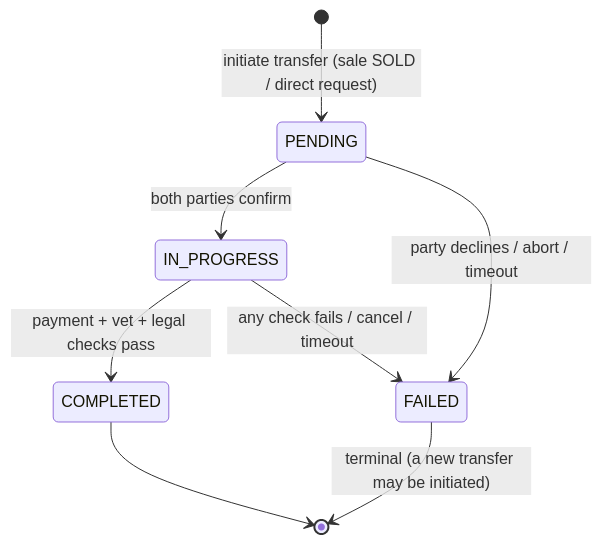
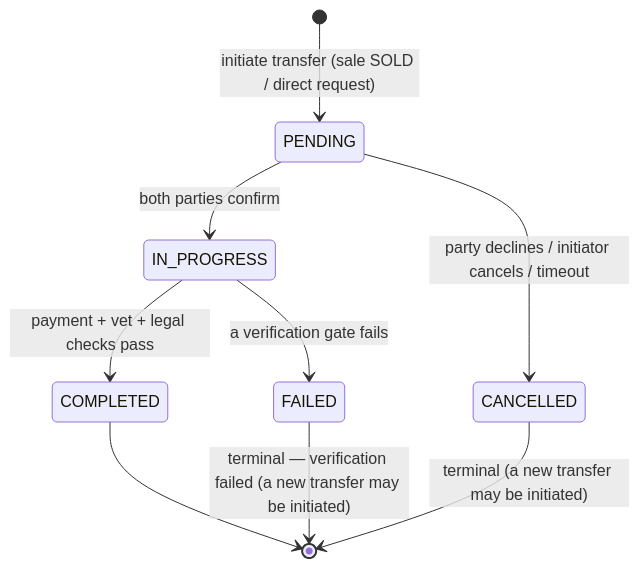
Before and after one commit to Aleksandr-Sulimenko/ZooLink: the second of 3 diagrams in docs/specs/statemachines/ownership_transfer_state_machine.md, drawn with Mermaid. The commit also changed other lines of this file and 26 other files, not shown here.

````diff
--- a/docs/specs/statemachines/ownership_transfer_state_machine.md
+++ b/docs/specs/statemachines/ownership_transfer_state_machine.md
@@ -10,10 +27,11 @@
 ```mermaid
 stateDiagram-v2
     [*] --> PENDING: initiate transfer (sale SOLD / direct request)
     PENDING --> IN_PROGRESS: both parties confirm
-    PENDING --> FAILED: party declines / abort / timeout
+    PENDING --> CANCELLED: party declines / initiator cancels / timeout
     IN_PROGRESS --> COMPLETED: payment + vet + legal checks pass
-    IN_PROGRESS --> FAILED: any check fails / cancel / timeout
+    IN_PROGRESS --> FAILED: a verification gate fails
     COMPLETED --> [*]
-    FAILED --> [*]: terminal (a new transfer may be initiated)
+    CANCELLED --> [*]: terminal (a new transfer may be initiated)
+    FAILED --> [*]: terminal — verification failed (a new transfer may be initiated)
 ```
````
